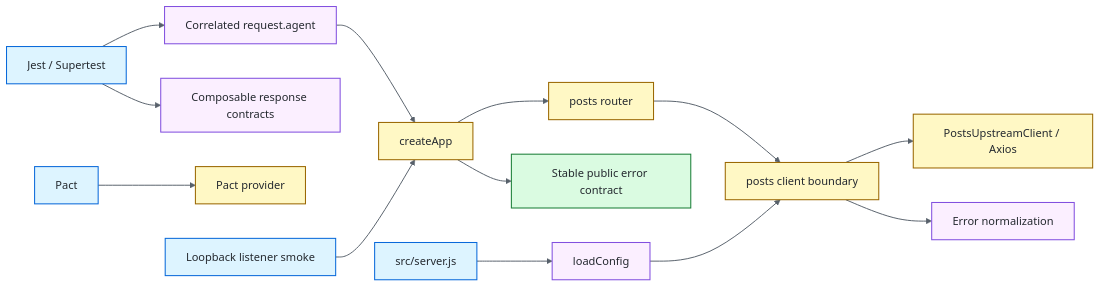
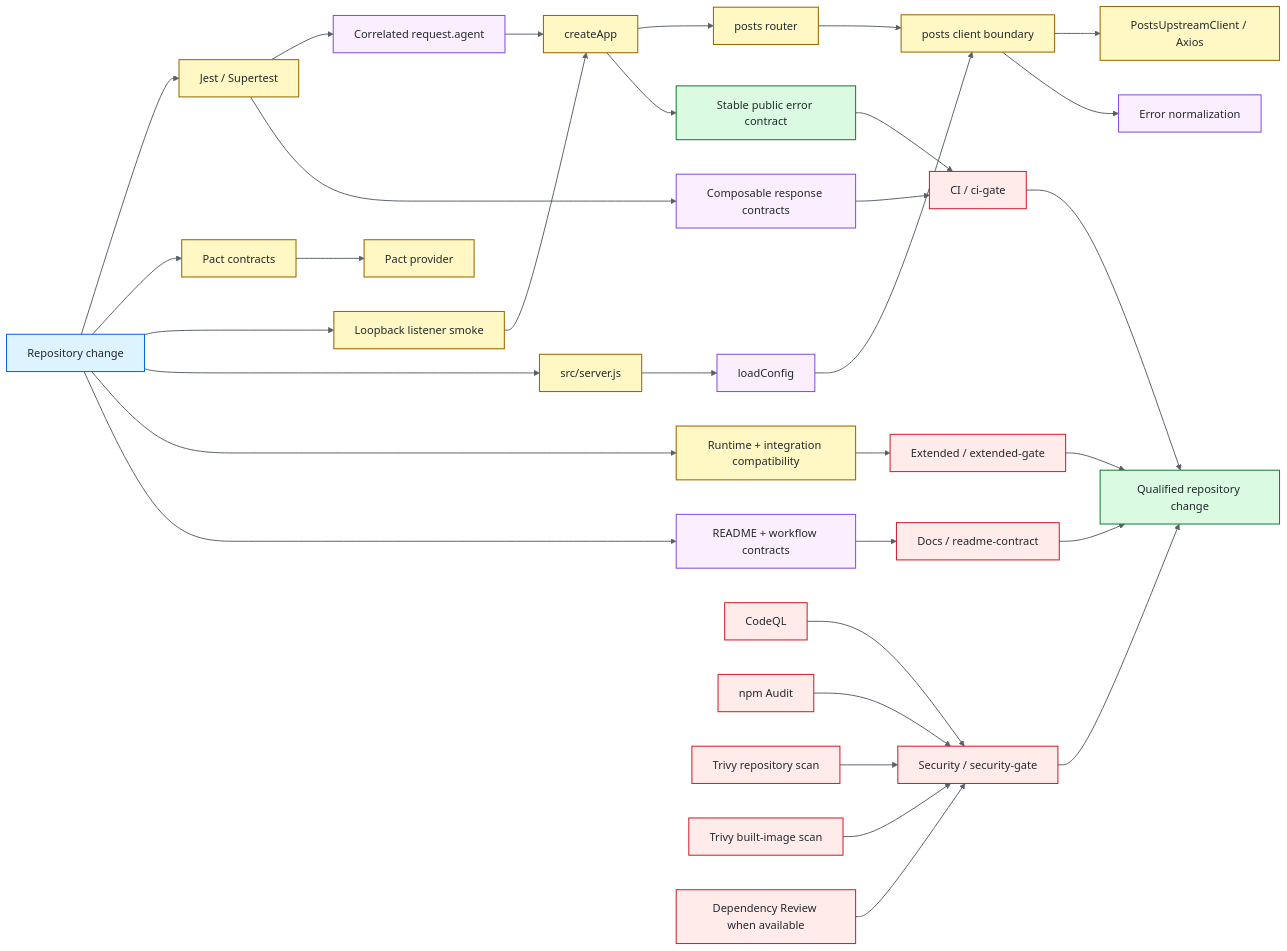
Before and after one commit to portyu9/qa-automation-node-supertest: the diagram in README.md, drawn with Mermaid.

Commit message:
docs: elevate README architecture diagram
* chore: stage reference-quality Mermaid polish

* docs: elevate README architecture diagram

* chore: retrigger README qualification

* chore: complete README qualification retrigger

---------

````diff
--- a/README.md
+++ b/README.md
@@ -41,25 +41,51 @@
 ```mermaid
 flowchart LR
-    TEST[Jest / Supertest] --> AGENT[Correlated request.agent]
+    CHANGE[Repository change] --> TEST[Jest / Supertest]
+    TEST --> AGENT[Correlated request.agent]
     AGENT --> APP[createApp]
     APP --> ROUTE[posts router]
     ROUTE --> PORT[posts client boundary]
     PORT --> AXIOS[PostsUpstreamClient / Axios]
     PORT --> ERR[Error normalization]
     TEST --> EXPECT[Composable response contracts]
-    PACT[Pact] --> MOCK[Pact provider]
-    LISTENER[Loopback listener smoke] --> APP
-    SERVER[src/server.js] --> CFG[loadConfig]
+    APP --> ENVELOPE[Stable public error contract]
+    ENVELOPE --> CIG[CI / ci-gate]
+    EXPECT --> CIG
+
+    CHANGE --> PACT[Pact contracts]
+    PACT --> MOCK[Pact provider]
+    CHANGE --> LISTENER[Loopback listener smoke]
+    LISTENER --> APP
+    CHANGE --> SERVER[src/server.js]
+    SERVER --> CFG[loadConfig]
     CFG --> PORT
-    APP --> ENVELOPE[Stable public error contract]
+
+    CHANGE --> EXT[Runtime + integration compatibility]
+    EXT --> EG[Extended / extended-gate]
+
+    CHANGE --> DOCS[README + workflow contracts]
+    DOCS --> DG[Docs / readme-contract]
+
+    SAST[CodeQL] --> SG[Security / security-gate]
+    AUDIT[npm Audit] --> SG
+    REPO[Trivy repository scan] --> SG
+    IMAGE[Trivy built-image scan] --> SG
+    REVIEW[Dependency Review when available] --> SG
+
+    CIG --> RESULT[Qualified repository change]
+    EG --> RESULT
+    DG --> RESULT
+    SG --> RESULT
 
     classDef entry fill:#ddf4ff,stroke:#0969da,color:#24292f,stroke-width:1.5px;
     classDef policy fill:#fbefff,stroke:#8250df,color:#24292f,stroke-width:1.5px;
     classDef runtime fill:#fff8c5,stroke:#9a6700,color:#24292f,stroke-width:1.5px;
     classDef evidence fill:#dafbe1,stroke:#1a7f37,color:#24292f,stroke-width:1.5px;
-    class TEST,PACT,LISTENER,SERVER entry;
-    class AGENT,EXPECT,CFG,ERR policy;
-    class APP,ROUTE,PORT,AXIOS,MOCK runtime;
-    class ENVELOPE evidence;
+    classDef gate fill:#ffebe9,stroke:#cf222e,color:#24292f,stroke-width:1.5px;
+    class CHANGE entry;
+    class AGENT,EXPECT,ERR,CFG,DOCS policy;
+    class TEST,APP,ROUTE,PORT,AXIOS,PACT,MOCK,LISTENER,SERVER,EXT runtime;
+    class ENVELOPE,RESULT evidence;
+    class CIG,EG,DG,SAST,AUDIT,REPO,IMAGE,REVIEW,SG gate;
     linkStyle default stroke:#57606a,stroke-width:1.4px;
 ```
````
